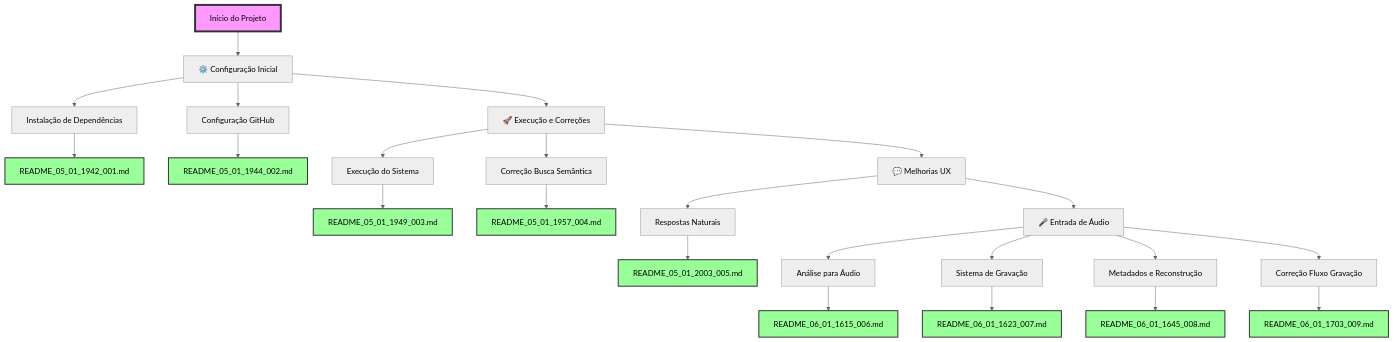
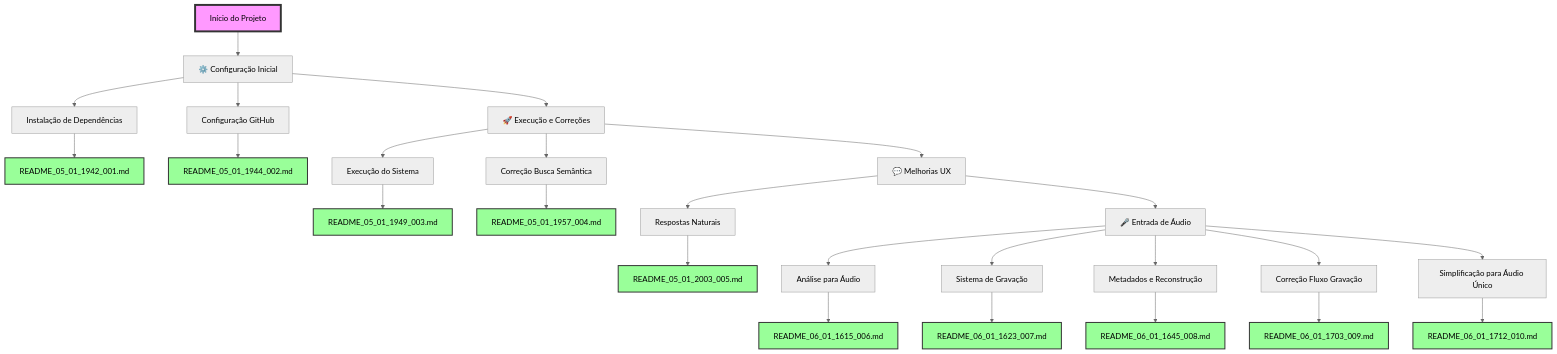
The diagram in FLUXOGRAMA.md (estival9999/auralis), drawn with Mermaid (neutral theme) before and after one commit. The commit also changed other lines of this file and 2 other files, not shown here.

First line of the commit message:
[REFACTOR] Simplificar sistema para gravação por áudio apenas

````diff
--- a/FLUXOGRAMA.md
+++ b/FLUXOGRAMA.md
@@ -13,39 +13,42 @@
 ```mermaid
 flowchart TD
     A[Início do Projeto] --> A1[⚙️ Configuração Inicial]
     A1 --> A1_1[Instalação de Dependências]
     A1_1 --> README1[README_05_01_1942_001.md]
     A1 --> A1_2[Configuração GitHub]
     A1_2 --> README2[README_05_01_1944_002.md]
     
     A1 --> A2[🚀 Execução e Correções]
     A2 --> A2_1[Execução do Sistema]
     A2_1 --> README3[README_05_01_1949_003.md]
     A2 --> A2_2[Correção Busca Semântica]
     A2_2 --> README4[README_05_01_1957_004.md]
     
     A2 --> A3[💬 Melhorias UX]
     A3 --> A3_1[Respostas Naturais]
     A3_1 --> README5[README_05_01_2003_005.md]
     
     A3 --> A4[🎤 Entrada de Áudio]
     A4 --> A4_1[Análise para Áudio]
     A4_1 --> README6[README_06_01_1615_006.md]
     A4 --> A4_2[Sistema de Gravação]
     A4_2 --> README7[README_06_01_1623_007.md]
     A4 --> A4_3[Metadados e Reconstrução]
     A4_3 --> README8[README_06_01_1645_008.md]
     A4 --> A4_4[Correção Fluxo Gravação]
     A4_4 --> README9[README_06_01_1703_009.md]
+    A4 --> A4_5[Simplificação para Áudio Único]
+    A4_5 --> README10[README_06_01_1712_010.md]
     
     style A fill:#f9f,stroke:#333,stroke-width:4px
     style README1 fill:#9f9,stroke:#333,stroke-width:2px
     style README2 fill:#9f9,stroke:#333,stroke-width:2px
     style README3 fill:#9f9,stroke:#333,stroke-width:2px
     style README4 fill:#9f9,stroke:#333,stroke-width:2px
     style README5 fill:#9f9,stroke:#333,stroke-width:2px
     style README6 fill:#9f9,stroke:#333,stroke-width:2px
     style README7 fill:#9f9,stroke:#333,stroke-width:2px
     style README8 fill:#9f9,stroke:#333,stroke-width:2px
     style README9 fill:#9f9,stroke:#333,stroke-width:2px
+    style README10 fill:#9f9,stroke:#333,stroke-width:2px
 ```
````
